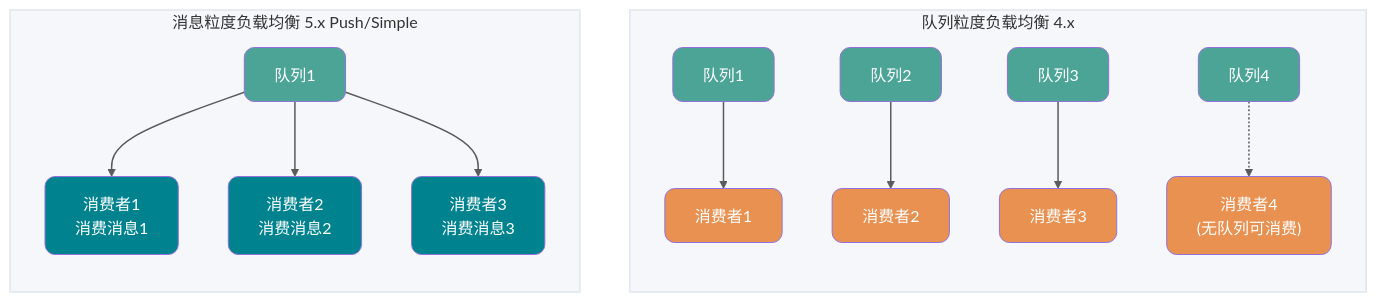
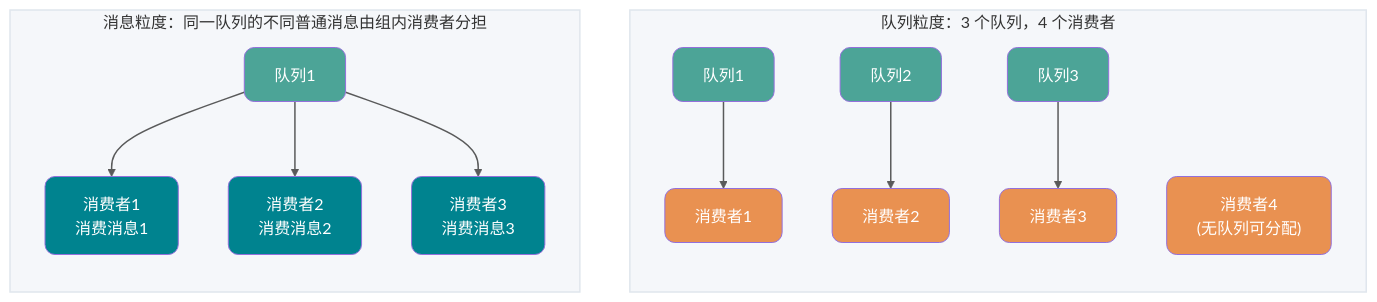
Before and after one commit to Snailclimb/JavaGuide: the fourth of 13 diagrams in docs/high-performance/message-queue/rocketmq-questions.md, drawn with Mermaid. The commit also changed other lines of this file and 1 other file, not shown here.

````diff
--- a/docs/high-performance/message-queue/rocketmq-questions.md
+++ b/docs/high-performance/message-queue/rocketmq-questions.md
@@ -275,29 +277,29 @@
 ```mermaid
 flowchart TB
-    subgraph Queue["队列粒度负载均衡 4.x"]
+    subgraph Queue["队列粒度：3 个队列，4 个消费者"]
         style Queue fill:#F5F7FA,stroke:#E0E6ED,stroke-width:1.5px
         direction TB
         Q1["队列1"] --> C1["消费者1"]
         Q2["队列2"] --> C2["消费者2"]
         Q3["队列3"] --> C3["消费者3"]
-        Q4["队列4"] -.-> C4["消费者4<br/>(无队列可消费)"]
+        C4["消费者4<br/>(无队列可分配)"]
     end
 
-    subgraph Message["消息粒度负载均衡 5.x Push/Simple"]
+    subgraph Message["消息粒度：同一队列的不同普通消息由组内消费者分担"]
         style Message fill:#F5F7FA,stroke:#E0E6ED,stroke-width:1.5px
         direction TB
         MQ1["队列1"] --> MC1["消费者1<br/>消费消息1"]
         MQ1 --> MC2["消费者2<br/>消费消息2"]
         MQ1 --> MC3["消费者3<br/>消费消息3"]
     end
 
     classDef queue fill:#4CA497,color:#fff,rx:10,ry:10
     classDef consumer4x fill:#E99151,color:#fff,rx:10,ry:10
     classDef consumer5x fill:#00838F,color:#fff,rx:10,ry:10
 
-    class Q1,Q2,Q3,Q4,MQ1 queue
+    class Q1,Q2,Q3,MQ1 queue
     class C1,C2,C3,C4 consumer4x
     class MC1,MC2,MC3 consumer5x
 
     linkStyle default stroke-width:1.5px,opacity:0.8
 ```
````
